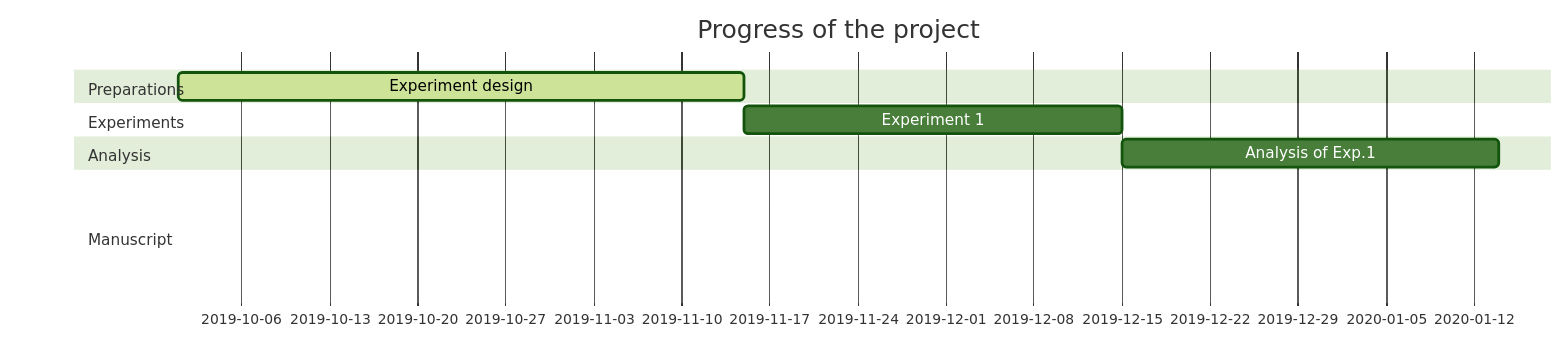
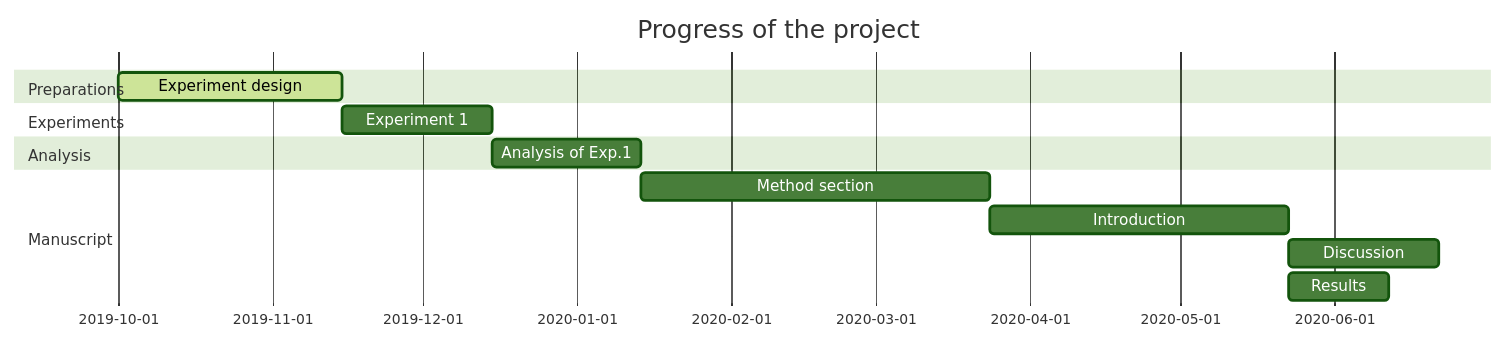
The diagram in README.md (wachtlerlab/colornoise), drawn with Mermaid (forest theme) before and after one commit. The commit also changed other lines of this file, not shown here.

````diff
--- a/README.md
+++ b/README.md
@@ -11,24 +11,24 @@
 ```mermaid
 gantt
   dateFormat YYYY-MM-DD
   title Progress of the project
   
   section Preparations
   Experiment design            :active, design, 2019-10-01, 2019-11-15
   
 
   section Experiments
   Experiment 1        :exp1, after design, 30d
   
 
   section Analysis
   Analysis of Exp.1            :ana1, after exp1, 30d
 
 
   section Manuscript
-  Method section                :man1, after report, 70d
+  Method section                :man1, after ana1, 70d
   Introduction                  :man3, after man1, 60d
   Discussion                    :man4, after man3, 30d
   Results                       :man2, after man3, 20d
   
 ```
````
